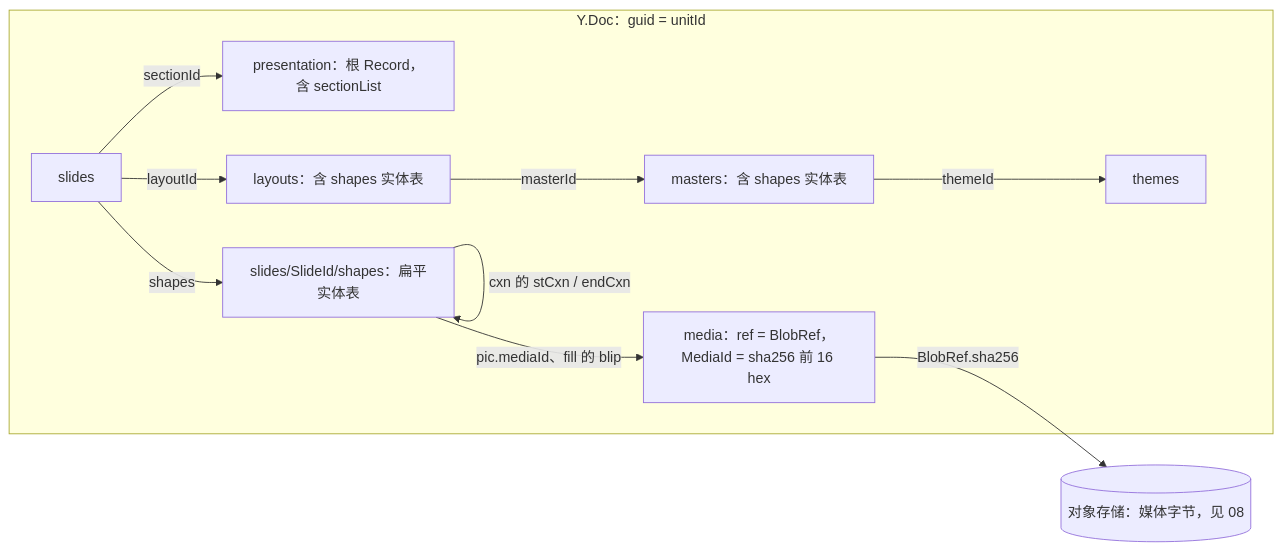
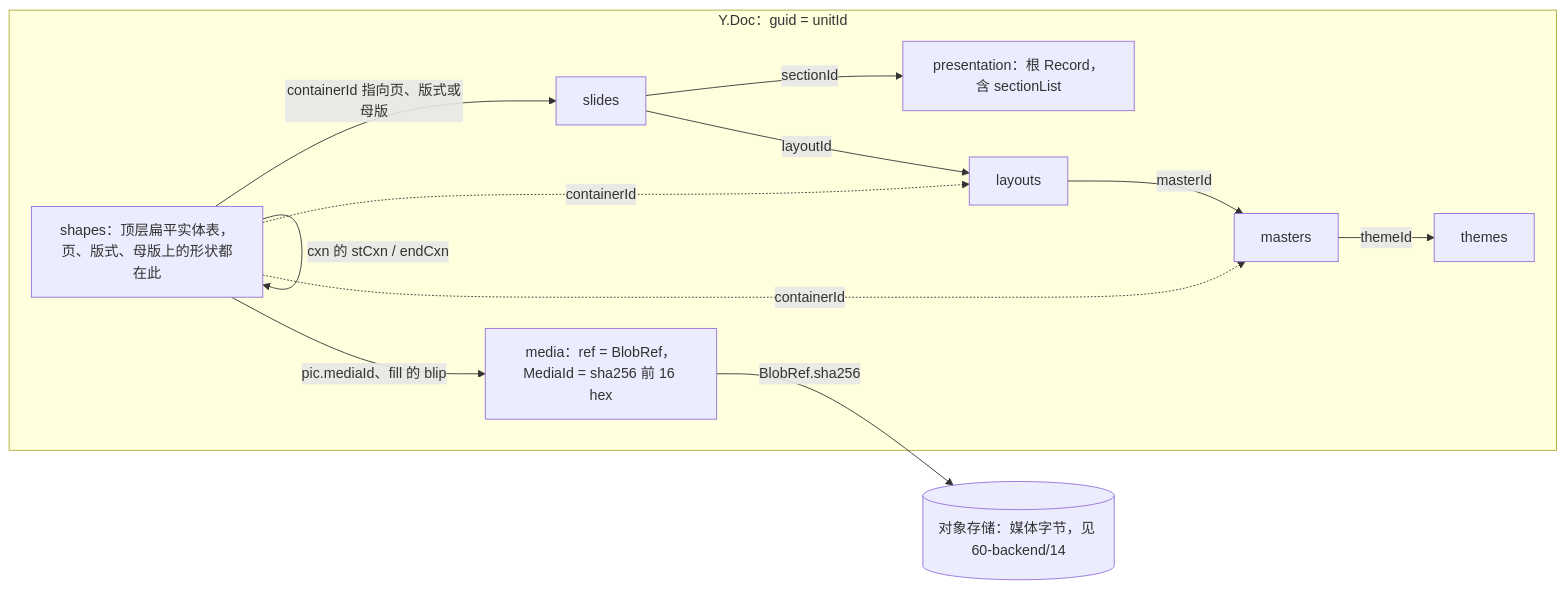
Before and after one commit to Xeonice/cordis-ppt-editor: the third of 15 diagrams in docs/30-architecture/06-collaboration.md, drawn with Mermaid. The commit also changed other lines of this file and 78 other files, not shown here.

````diff
--- a/docs/30-architecture/06-collaboration.md
+++ b/docs/30-architecture/06-collaboration.md
@@ -159,22 +167,24 @@
 ```mermaid
 flowchart LR
   subgraph ydoc["Y.Doc：guid = unitId"]
     presentation["presentation：根 Record，含 sectionList"]
     themes["themes"]
-    masters["masters：含 shapes 实体表"]
-    layouts["layouts：含 shapes 实体表"]
+    masters["masters"]
+    layouts["layouts"]
     slides["slides"]
-    shapes["slides/SlideId/shapes：扁平实体表"]
+    shapes["shapes：顶层扁平实体表，页、版式、母版上的形状都在此"]
     media["media：ref = BlobRef，MediaId = sha256 前 16 hex"]
   end
-  blob[("对象存储：媒体字节，见 08")]
+  blob[("对象存储：媒体字节，见 60-backend/14")]
   slides -- "layoutId" --> layouts
   layouts -- "masterId" --> masters
   masters -- "themeId" --> themes
   slides -- "sectionId" --> presentation
-  slides -- "shapes" --> shapes
+  shapes -- "containerId 指向页、版式或母版" --> slides
+  shapes -. "containerId" .-> layouts
+  shapes -. "containerId" .-> masters
   shapes -- "parentId 指向同表 grpSp" --> shapes
   shapes -- "cxn 的 stCxn / endCxn" --> shapes
   shapes -- "pic.mediaId、fill 的 blip" --> media
   media -- "BlobRef.sha256" --> blob
 ```
````
